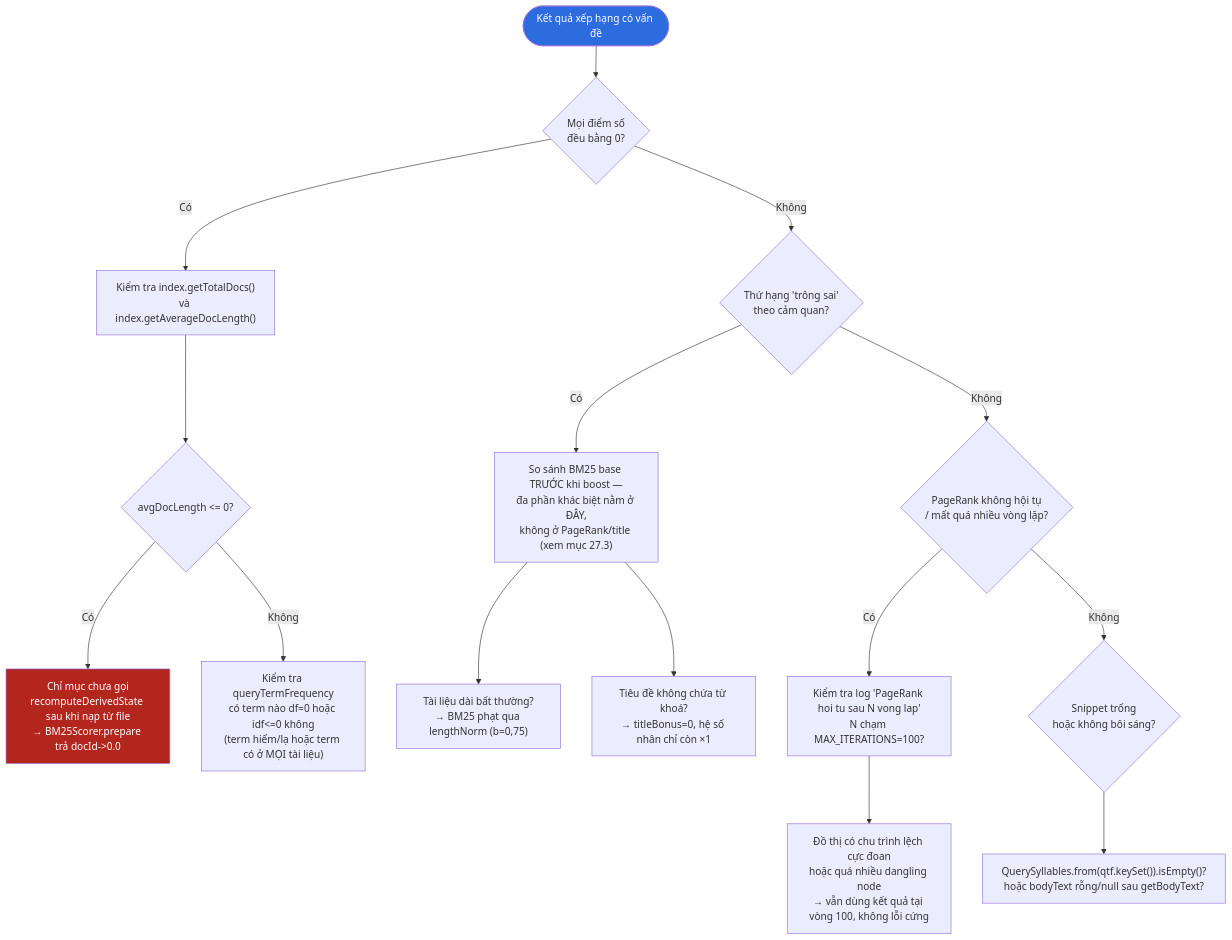
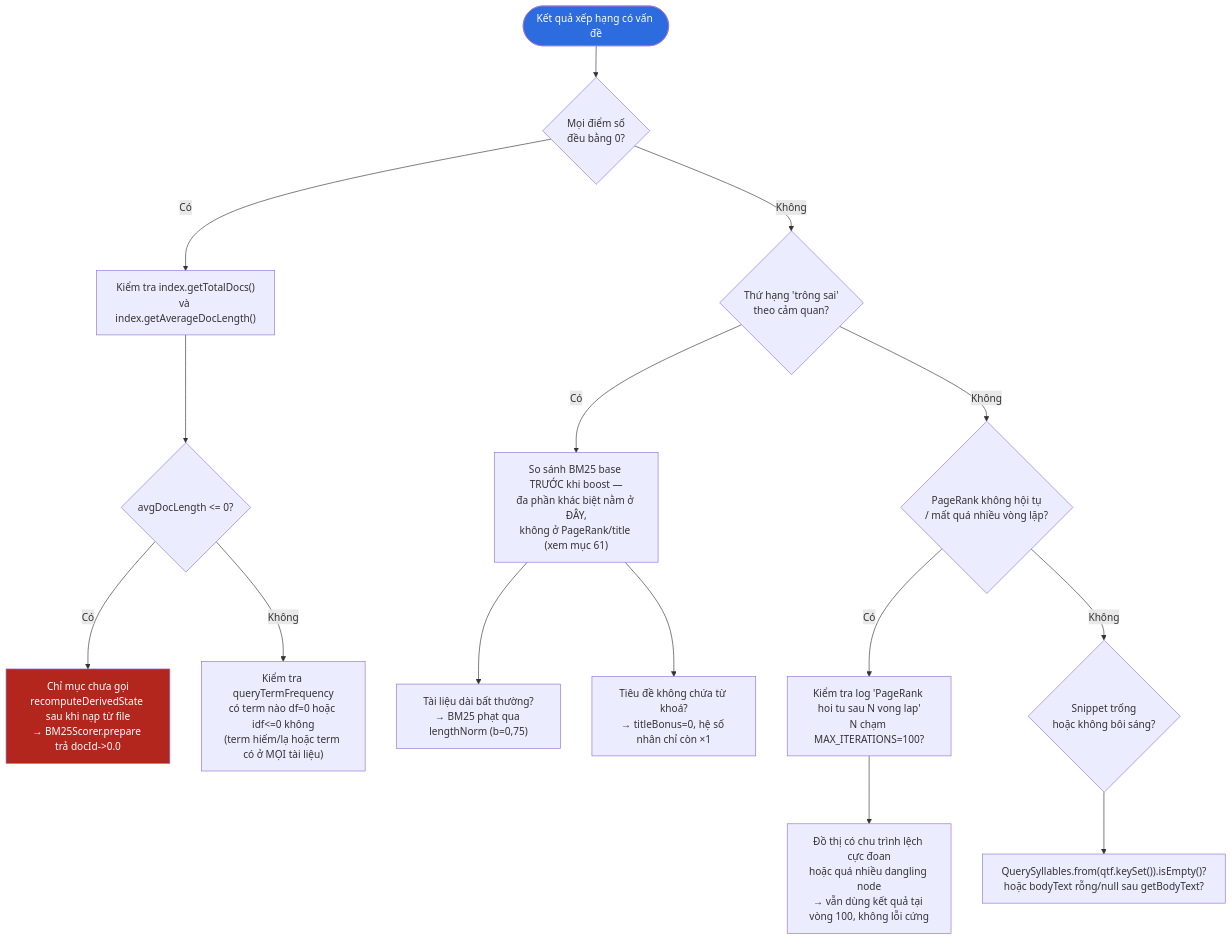
One commit to KietAnhCS/CocCoc-Plus changed the eighth of 8 diagrams in docs/RANKING-PIPELINE.md. Above: the diagram before and after it, drawn with Mermaid. The commit also changed other lines of this file and 4 other files, not shown here.

````diff
--- a/docs/RANKING-PIPELINE.md
+++ b/docs/RANKING-PIPELINE.md
@@ -2286,24 +2591,24 @@
 ```mermaid
 flowchart TD
     START(["Kết quả xếp hạng có vấn đề"]) --> Q1{"Mọi điểm số<br/>đều bằng 0?"}
 
     Q1 -->|"Có"| C1["Kiểm tra index.getTotalDocs()<br/>và index.getAverageDocLength()"]
     C1 --> C1A{"avgDocLength <= 0?"}
     C1A -->|"Có"| C1B["Chỉ mục chưa gọi<br/>recomputeDerivedState sau khi nạp từ file<br/>→ BM25Scorer.prepare trả docId->0.0"]
     C1A -->|"Không"| C1C["Kiểm tra queryTermFrequency<br/>có term nào df=0 hoặc idf<=0 không<br/>(term hiếm/lạ hoặc term có ở MỌI tài liệu)"]
 
     Q1 -->|"Không"| Q2{"Thứ hạng 'trông sai'<br/>theo cảm quan?"}
-    Q2 -->|"Có"| C2["So sánh BM25 base TRƯỚC khi boost —<br/>đa phần khác biệt nằm ở ĐÂY,<br/>không ở PageRank/title (xem mục 27.3)"]
+    Q2 -->|"Có"| C2["So sánh BM25 base TRƯỚC khi boost —<br/>đa phần khác biệt nằm ở ĐÂY,<br/>không ở PageRank/title (xem mục 61)"]
     C2 --> C2A["Tài liệu dài bất thường?<br/>→ BM25 phạt qua lengthNorm (b=0,75)"]
     C2 --> C2B["Tiêu đề không chứa từ khoá?<br/>→ titleBonus=0, hệ số nhân chỉ còn ×1"]
 
     Q2 -->|"Không"| Q3{"PageRank không hội tụ<br/>/ mất quá nhiều vòng lặp?"}
     Q3 -->|"Có"| C3["Kiểm tra log 'PageRank hoi tu sau N vong lap'<br/>N chạm MAX_ITERATIONS=100?"]
     C3 --> C3A["Đồ thị có chu trình lệch cực đoan<br/>hoặc quá nhiều dangling node<br/>→ vẫn dùng kết quả tại vòng 100, không lỗi cứng"]
 
     Q3 -->|"Không"| Q4{"Snippet trống<br/>hoặc không bôi sáng?"}
     Q4 --> C4["QuerySyllables.from(qtf.keySet()).isEmpty()?<br/>hoặc bodyText rỗng/null sau getBodyText?"]
 
     style START fill:#2d6cdf,color:#fff
     style C1B fill:#b3261e,color:#fff
 ```
````
